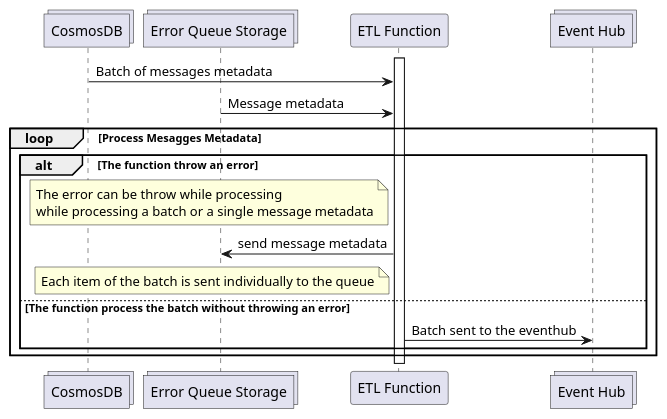
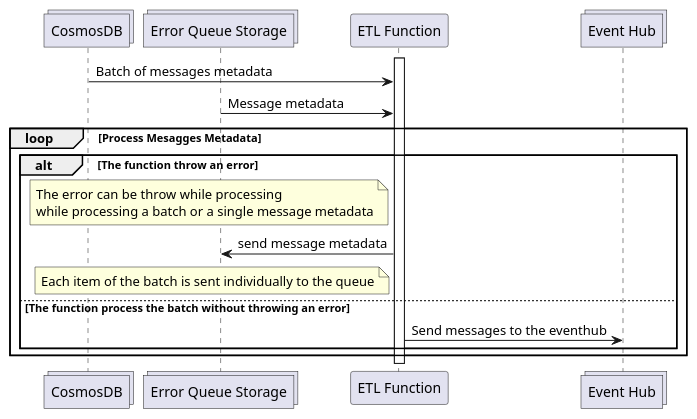
One commit to pagopa/io-messages changed the diagram in apps/etl-func/docs/messages-ingestion/errror-handling.puml. Above: the diagram before and after it, drawn with PlantUML.

Commit message:
changing labels

```diff
--- a/apps/etl-func/docs/messages-ingestion/errror-handling.puml
+++ b/apps/etl-func/docs/messages-ingestion/errror-handling.puml
@@ -1,30 +1,30 @@
 @startuml messages-ingestion-error-handling
 collections "CosmosDB" as CosmosDB
 collections "Error Queue Storage" as ErrorQueueStorage
 participant "ETL Function" as etlFunc
 collections "Event Hub" as EventHub
 
 activate etlFunc
 CosmosDB -> etlFunc: Batch of messages metadata
 ' note left of etlFunc
 '     A batch of is sent to the ETL function
 ' end note
 ErrorQueueStorage -> etlFunc: Message metadata
 
 
 loop Process Mesagges Metadata
   alt The function throw an error
     note left of etlFunc
      The error can be throw while processing
      while processing a batch or a single message metadata
     end note
     etlFunc -> ErrorQueueStorage: send message metadata
     note left of etlFunc
         Each item of the batch is sent individually to the queue
     end note
   else The function process the batch without throwing an error
-    etlFunc -> EventHub: Batch sent to the eventhub
+    etlFunc -> EventHub: Send messages to the eventhub
   end
 end
 
 @enduml
```
